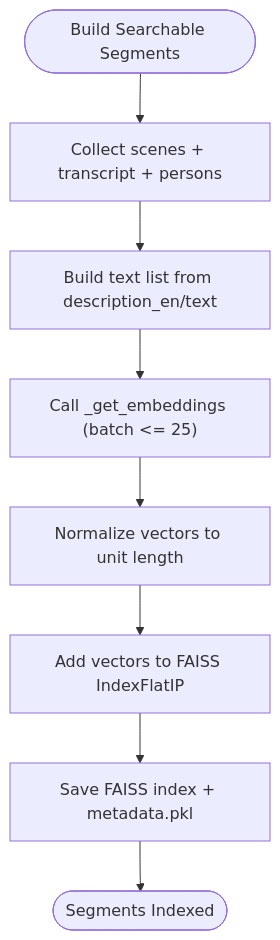
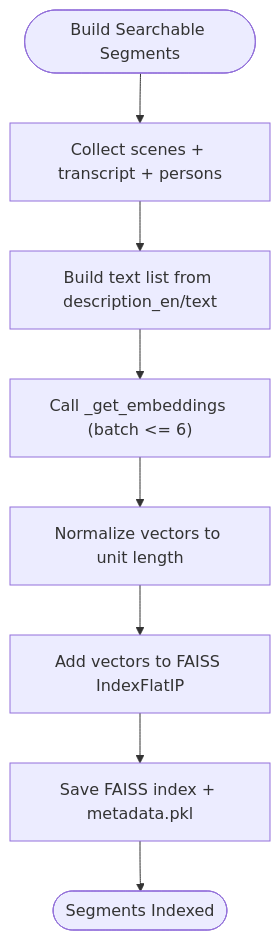
The fourth of 9 diagrams in .qoder/repowiki/en/content/Intelligent Search System.md (alexandreybasta-cyber/dubai-media-ai), drawn with Mermaid before and after one commit. The commit also changed other lines of this file and 54 other files, not shown here.

````diff
--- a/.qoder/repowiki/en/content/Intelligent Search System.md
+++ b/.qoder/repowiki/en/content/Intelligent Search System.md
@@ -171,10 +188,10 @@
 ```mermaid
 flowchart TD
 Start(["Build Searchable Segments"]) --> Collect["Collect scenes + transcript + persons"]
 Collect --> BuildTexts["Build text list from description_en/text"]
-BuildTexts --> EmbedBatch["Call _get_embeddings (batch <= 25)"]
+BuildTexts --> EmbedBatch["Call _get_embeddings (batch <= 6)"]
 EmbedBatch --> Normalize["Normalize vectors to unit length"]
 Normalize --> AddIndex["Add vectors to FAISS IndexFlatIP"]
 AddIndex --> Persist["Save FAISS index + metadata.pkl"]
 Persist --> End(["Segments Indexed"])
 ```
````
